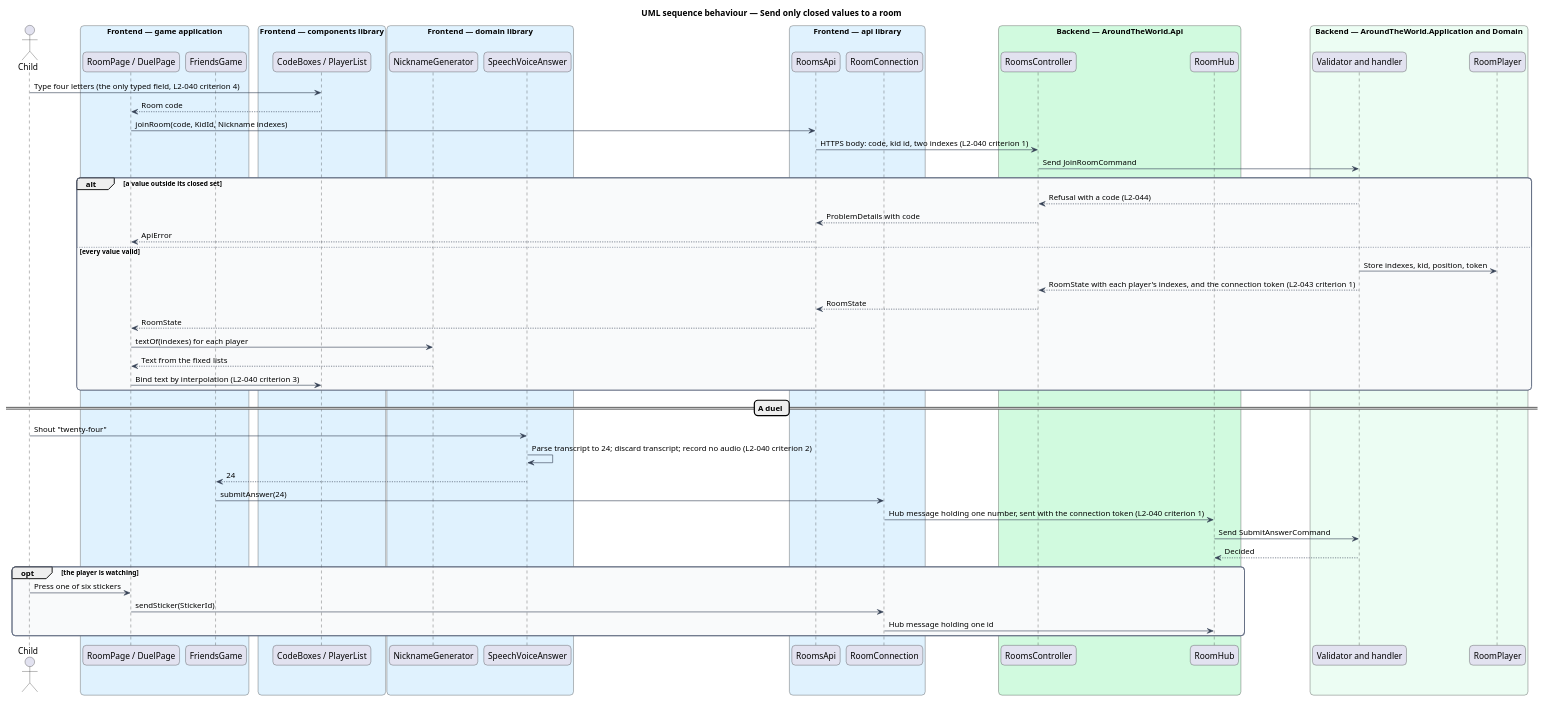
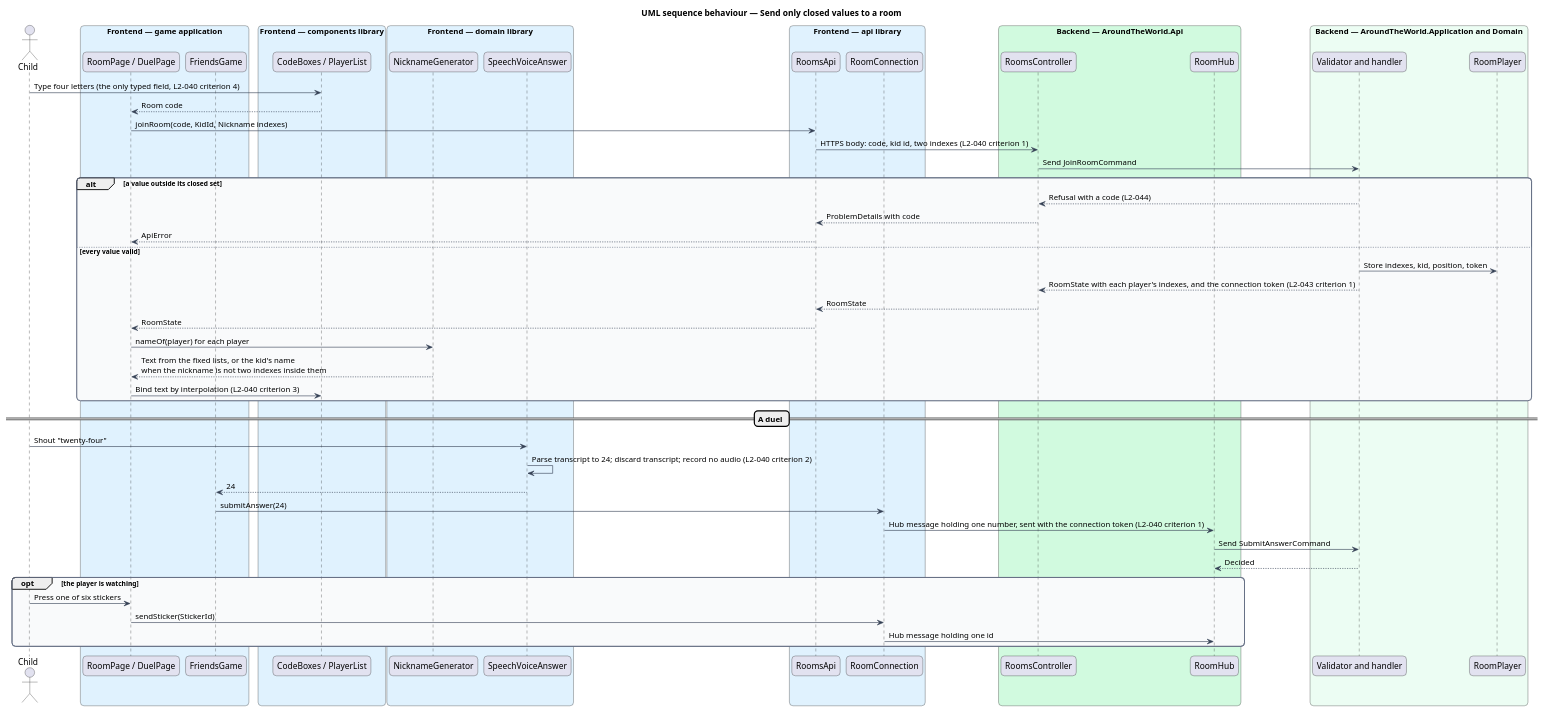
The diagram in docs/detailed-designs/platform/keep-children-safe/diagrams/sequence-send-closed-values.puml (QuinntyneBrown/around-the-world), drawn with PlantUML before and after one commit. The commit also changed 11 other files, not shown here.

```diff
--- a/docs/detailed-designs/platform/keep-children-safe/diagrams/sequence-send-closed-values.puml
+++ b/docs/detailed-designs/platform/keep-children-safe/diagrams/sequence-send-closed-values.puml
@@ -1,72 +1,72 @@
 @startuml
 title UML sequence behaviour — Send only closed values to a room
 skinparam backgroundColor #FFFFFF
 skinparam shadowing false
 skinparam roundcorner 12
 skinparam defaultFontName Arial
 skinparam ArrowColor #344054
 skinparam rectangle {
   BorderColor #344054
   FontColor #101828
 }
 skinparam package {
   BorderColor #667085
   FontColor #101828
   BackgroundColor #F9FAFB
 }
 actor "Child" as actor
 box "Frontend — game application" #E0F2FE
   participant "RoomPage / DuelPage" as page
   participant "FriendsGame" as session
 end box
 box "Frontend — components library" #E0F2FE
   participant "CodeBoxes / PlayerList" as view
 end box
 box "Frontend — domain library" #E0F2FE
   participant "NicknameGenerator" as nick
   participant "SpeechVoiceAnswer" as voice
 end box
 box "Frontend — api library" #E0F2FE
   participant "RoomsApi" as rooms
   participant "RoomConnection" as conn
 end box
 box "Backend — AroundTheWorld.Api" #D1FADF
   participant "RoomsController" as controller
   participant "RoomHub" as hub
 end box
 box "Backend — AroundTheWorld.Application and Domain" #ECFDF3
   participant "Validator and handler" as handler
   participant "RoomPlayer" as player
 end box
 actor -> view : Type four letters (the only typed field, L2-040 criterion 4)
 view --> page : Room code
 page -> rooms : joinRoom(code, KidId, Nickname indexes)
 rooms -> controller : HTTPS body: code, kid id, two indexes (L2-040 criterion 1)
 controller -> handler : Send JoinRoomCommand
 alt a value outside its closed set
   handler --> controller : Refusal with a code (L2-044)
   controller --> rooms : ProblemDetails with code
   rooms --> page : ApiError
 else every value valid
   handler -> player : Store indexes, kid, position, token
   handler --> controller : RoomState with each player's indexes, and the connection token (L2-043 criterion 1)
   controller --> rooms : RoomState
   rooms --> page : RoomState
-  page -> nick : textOf(indexes) for each player
-  nick --> page : Text from the fixed lists
+  page -> nick : nameOf(player) for each player
+  nick --> page : Text from the fixed lists, or the kid's name\nwhen the nickname is not two indexes inside them
   page -> view : Bind text by interpolation (L2-040 criterion 3)
 end
 == A duel ==
 actor -> voice : Shout "twenty-four"
 voice -> voice : Parse transcript to 24; discard transcript; record no audio (L2-040 criterion 2)
 voice --> session : 24
 session -> conn : submitAnswer(24)
 conn -> hub : Hub message holding one number, sent with the connection token (L2-040 criterion 1)
 hub -> handler : Send SubmitAnswerCommand
 handler --> hub : Decided
 opt the player is watching
   actor -> page : Press one of six stickers
   page -> conn : sendSticker(StickerId)
   conn -> hub : Hub message holding one id
 end
 @enduml
```
